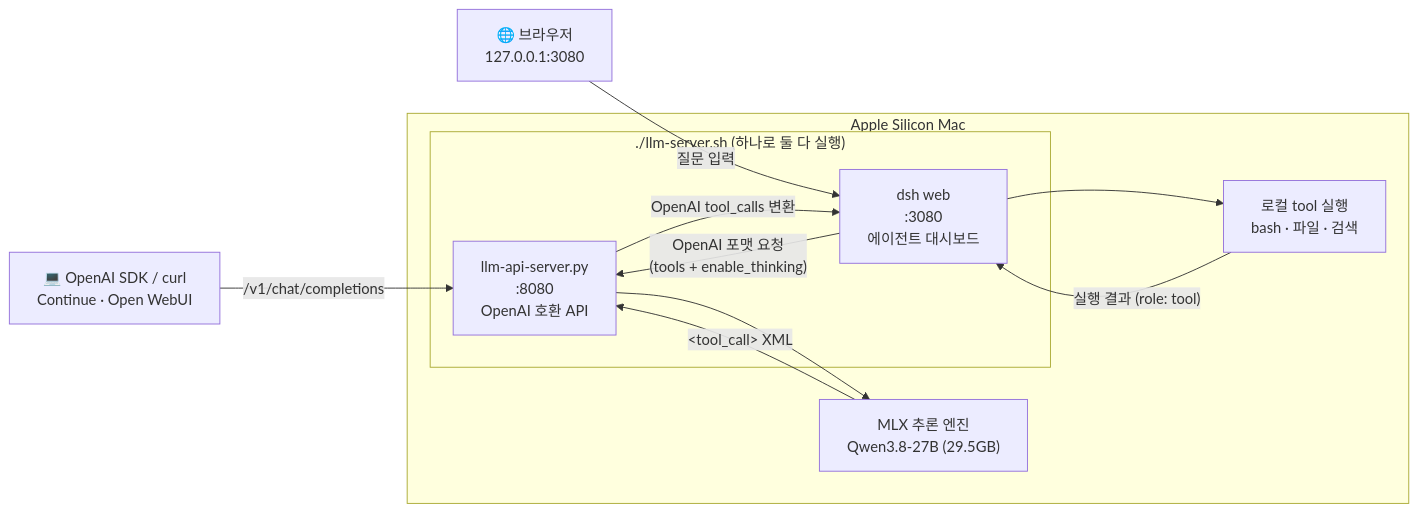
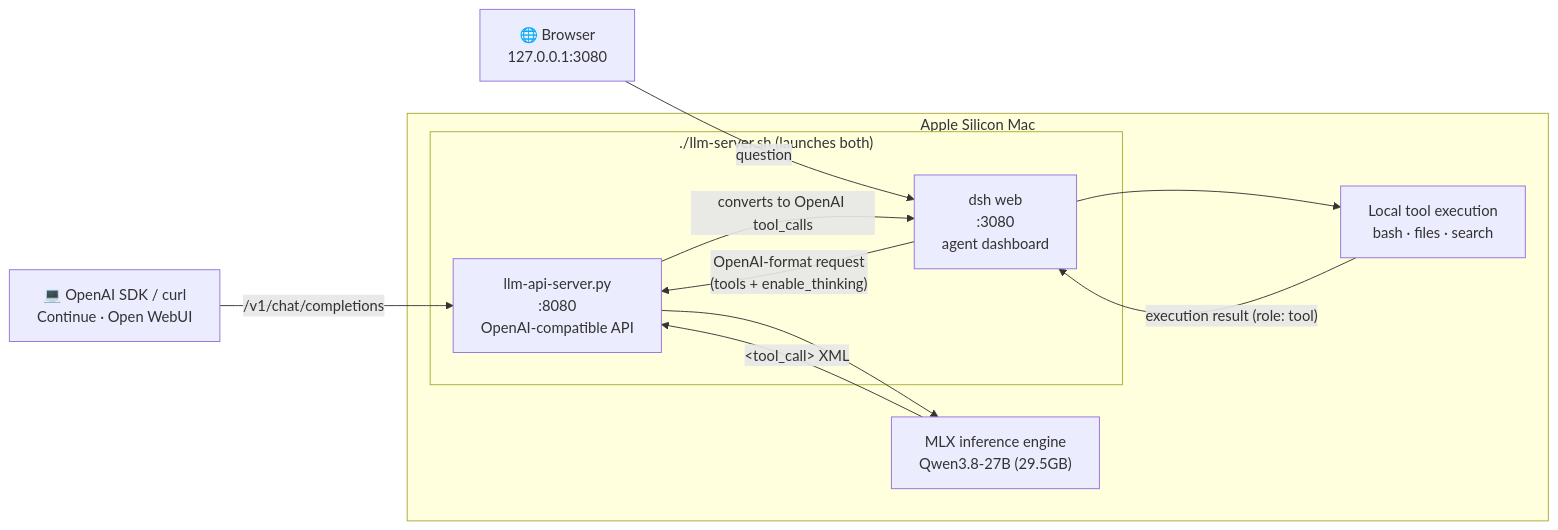
One commit to LeeKiYoung/local-llm changed the diagram in README.md. Above: the diagram before and after it, drawn with Mermaid. The commit also changed other lines of this file and 1 other file, not shown here.

````diff
--- a/README.md
+++ b/README.md
@@ -386,20 +388,20 @@
 ```mermaid
 flowchart LR
     subgraph Mac["Apple Silicon Mac"]
-        subgraph launcher["./llm-server.sh (하나로 둘 다 실행)"]
-            API["llm-api-server.py<br/>:8080<br/>OpenAI 호환 API"]
-            DSH["dsh web<br/>:3080<br/>에이전트 대시보드"]
+        subgraph launcher["./llm-server.sh (launches both)"]
+            API["llm-api-server.py<br/>:8080<br/>OpenAI-compatible API"]
+            DSH["dsh web<br/>:3080<br/>agent dashboard"]
         end
-        MLX["MLX 추론 엔진<br/>Qwen3.8-27B (29.5GB)"]
-        TOOLS["로컬 tool 실행<br/>bash · 파일 · 검색"]
+        MLX["MLX inference engine<br/>Qwen3.8-27B (29.5GB)"]
+        TOOLS["Local tool execution<br/>bash · files · search"]
     end
 
-    Browser["🌐 브라우저<br/>127.0.0.1:3080"] -->|질문 입력| DSH
+    Browser["🌐 Browser<br/>127.0.0.1:3080"] -->|question| DSH
     Client["💻 OpenAI SDK / curl<br/>Continue · Open WebUI"] -->|"/v1/chat/completions"| API
-    DSH -->|"OpenAI 포맷 요청<br/>(tools + enable_thinking)"| API
+    DSH -->|"OpenAI-format request<br/>(tools + enable_thinking)"| API
     API --> MLX
     MLX -->|"&lt;tool_call&gt; XML"| API
-    API -->|"OpenAI tool_calls 변환"| DSH
+    API -->|"converts to OpenAI tool_calls"| DSH
     DSH --> TOOLS
-    TOOLS -->|"실행 결과 (role: tool)"| DSH
+    TOOLS -->|"execution result (role: tool)"| DSH
 ```
````
